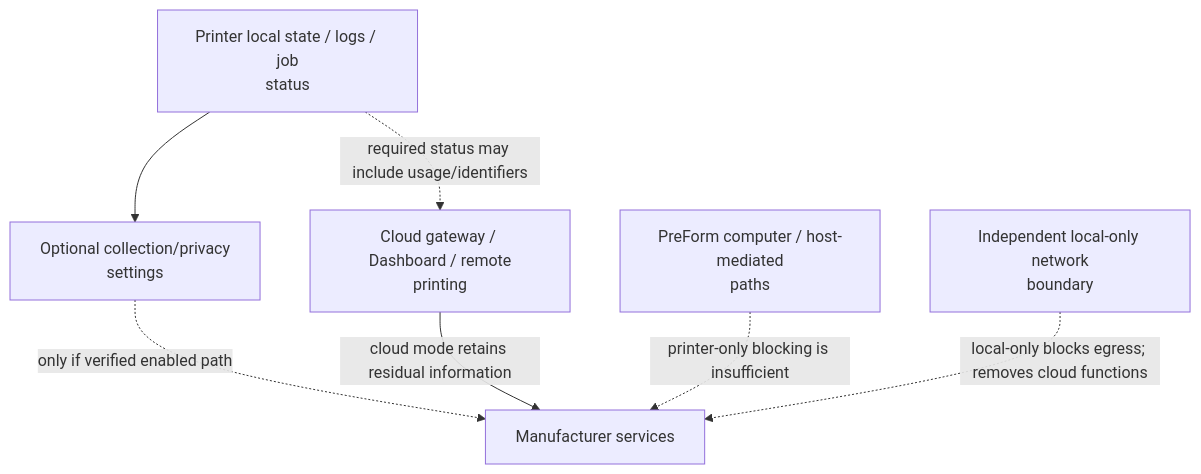
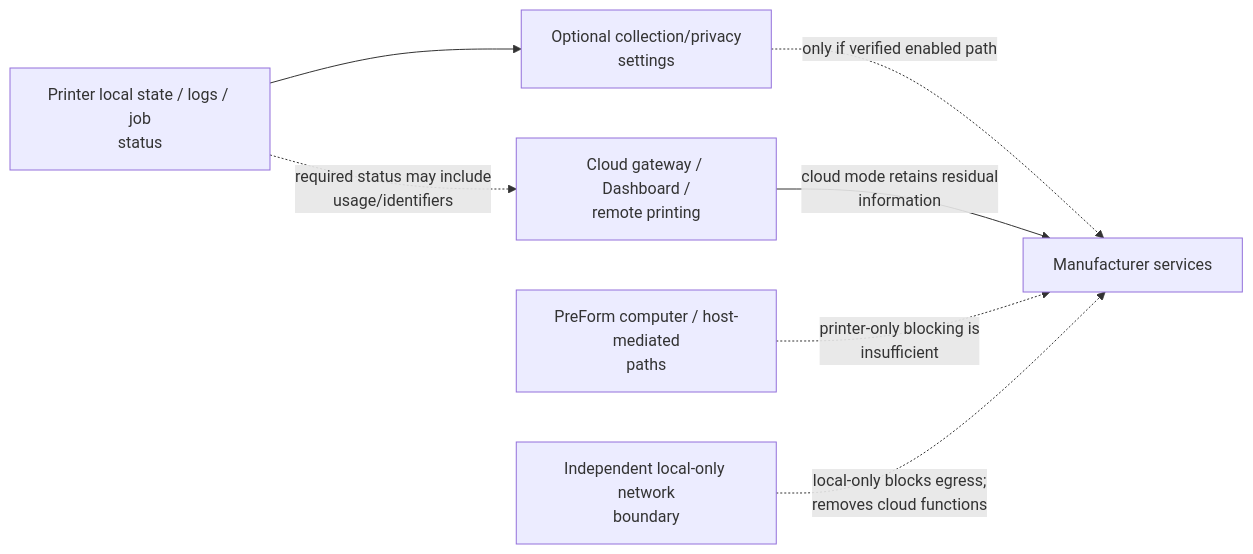
Before and after one commit to Zimbo88/form3-owner-root-source: the diagram in docs/figures/12-privacy-cloud.mmd, drawn with Mermaid. The commit also changed 69 other files, not shown here.

```diff
--- a/docs/figures/12-privacy-cloud.mmd
+++ b/docs/figures/12-privacy-cloud.mmd
@@ -1,13 +1,13 @@
-flowchart TD
+flowchart LR
   printer["Printer local state / logs / job<br/>status"]
   optional["Optional collection/privacy<br/>settings"]
-  gateway["Cloud gateway / Dashboard / remote<br/>printing"]
+  gateway["Cloud gateway / Dashboard /<br/>remote printing"]
   cloud["Manufacturer services"]
   host["PreForm computer / host-mediated<br/>paths"]
   fence["Independent local-only network<br/>boundary"]
   printer --> optional
-  printer -.->  |"required status may include usage/identifiers"| gateway
-  optional -.->  |"only if verified enabled path"| cloud
-  gateway -->  |"cloud mode retains residual information"| cloud
-  host -.->  |"printer-only blocking is insufficient"| cloud
-  fence -.->  |"local-only blocks egress; removes cloud functions"| cloud
+  printer -.-> |"required status may include<br/>usage/identifiers"| gateway
+  optional -.-> |"only if verified enabled path"| cloud
+  gateway --> |"cloud mode retains residual<br/>information"| cloud
+  host -.-> |"printer-only blocking is<br/>insufficient"| cloud
+  fence -.-> |"local-only blocks egress;<br/>removes cloud functions"| cloud
```
